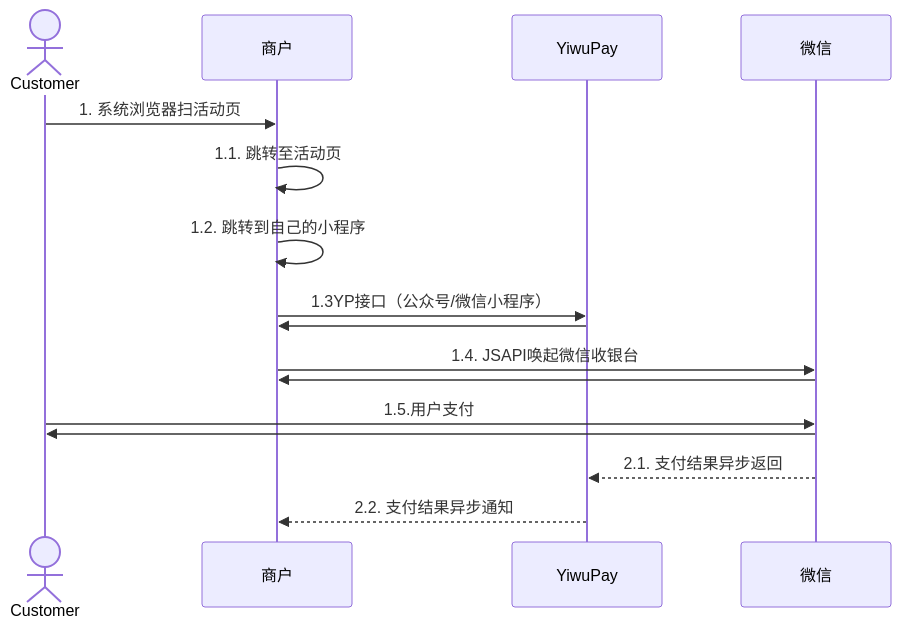
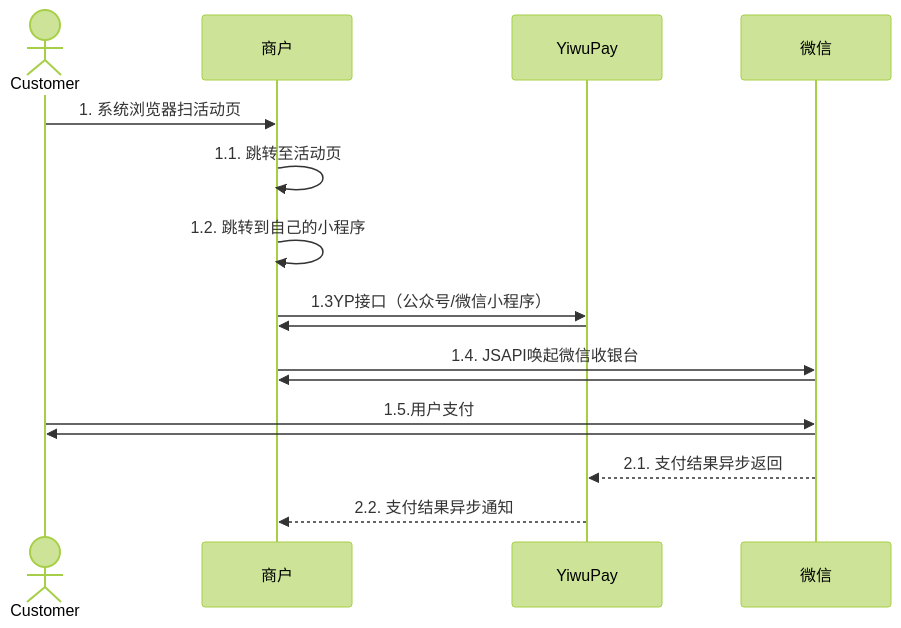
The first of 2 diagrams in wechat/H5及微信浏览器跳转微信小程序.md (isShawnHsu/dripping-note), drawn with Mermaid before and after one commit. The commit also changed other lines of this file, not shown here.

````diff
--- a/wechat/H5及微信浏览器跳转微信小程序.md
+++ b/wechat/H5及微信浏览器跳转微信小程序.md
@@ -32,15 +32,16 @@
-```mermaid 
+```mermaid
+%%{init: {'theme':'forest'}}%%
 sequenceDiagram
     actor Customer
     Customer->>商户: 1. 系统浏览器扫活动页
     商户->>商户: 1.1. 跳转至活动页
     商户->>商户: 1.2. 跳转到自己的小程序
     商户->>YiwuPay: 1.3YP接口（公众号/微信小程序）
     YiwuPay->>商户: 
     商户->>微信: 1.4. JSAPI唤起微信收银台
     微信->>商户: 
     Customer->>微信: 1.5.用户支付
     微信->>Customer: 
     微信-->>YiwuPay: 2.1. 支付结果异步返回
     YiwuPay-->>商户: 2.2. 支付结果异步通知
 ```
````
